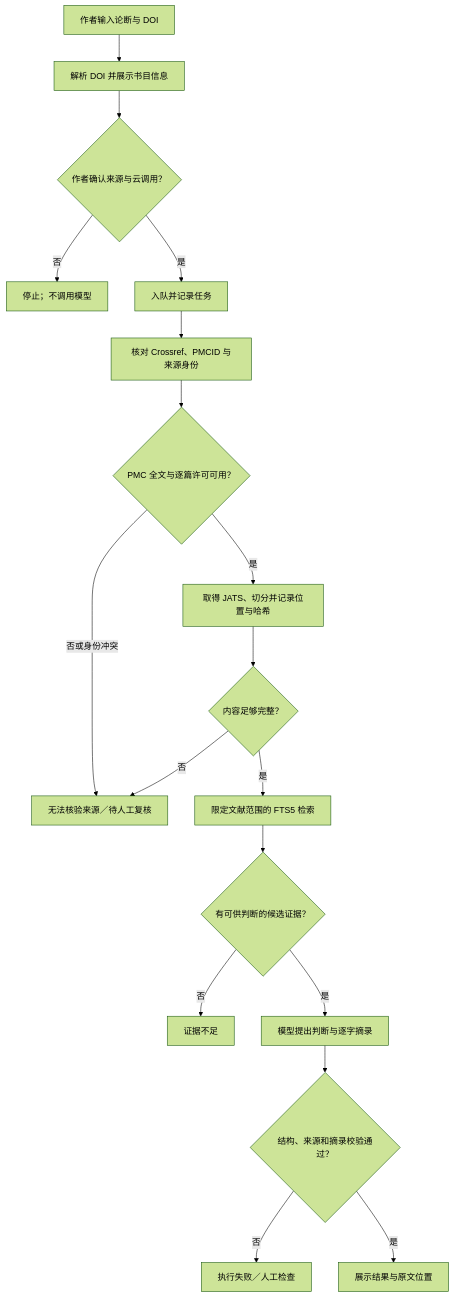
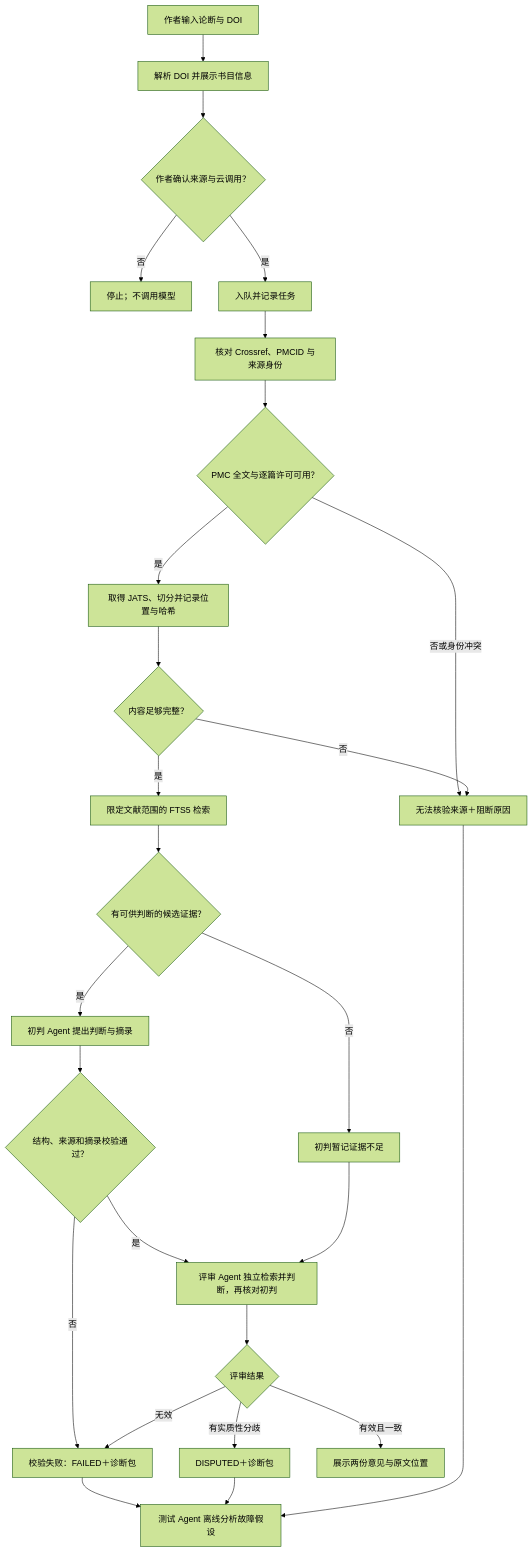
Before and after one commit to wynxing/paper-evidence-agent: the second of 2 diagrams in docs/architecture.md, drawn with Mermaid (forest theme). The commit also changed other lines of this file and 3 other files, not shown here.

````diff
--- a/docs/architecture.md
+++ b/docs/architecture.md
@@ -29,20 +33,28 @@
 ```mermaid
 flowchart TD
     A["作者输入论断与 DOI"] --> B["解析 DOI 并展示书目信息"]
     B --> C{"作者确认来源与云调用？"}
     C -- "否" --> Stop["停止；不调用模型"]
     C -- "是" --> D["入队并记录任务"]
     D --> E["核对 Crossref、PMCID 与来源身份"]
     E --> F{"PMC 全文与逐篇许可可用？"}
-    F -- "否或身份冲突" --> U["无法核验来源／待人工复核"]
+    F -- "否或身份冲突" --> U["无法核验来源＋阻断原因"]
     F -- "是" --> G["取得 JATS、切分并记录位置与哈希"]
     G --> H{"内容足够完整？"}
     H -- "否" --> U
     H -- "是" --> I["限定文献范围的 FTS5 检索"]
     I --> J{"有可供判断的候选证据？"}
-    J -- "否" --> N["证据不足"]
-    J -- "是" --> K["模型提出判断与逐字摘录"]
+    J -- "否" --> N["初判暂记证据不足"]
+    J -- "是" --> K["初判 Agent 提出判断与摘录"]
     K --> L{"结构、来源和摘录校验通过？"}
-    L -- "否" --> X["执行失败／人工检查"]
-    L -- "是" --> M["展示结果与原文位置"]
+    L -- "否" --> X["校验失败：FAILED＋诊断包"]
+    L -- "是" --> R["评审 Agent 独立检索并判断，再核对初判"]
+    N --> R
+    R --> V{"评审结果"}
+    V -- "无效" --> X
+    V -- "有实质性分歧" --> Q["DISPUTED＋诊断包"]
+    V -- "有效且一致" --> M["展示两份意见与原文位置"]
+    X --> T["测试 Agent 离线分析故障假设"]
+    Q --> T
+    U --> T
 ```
````
